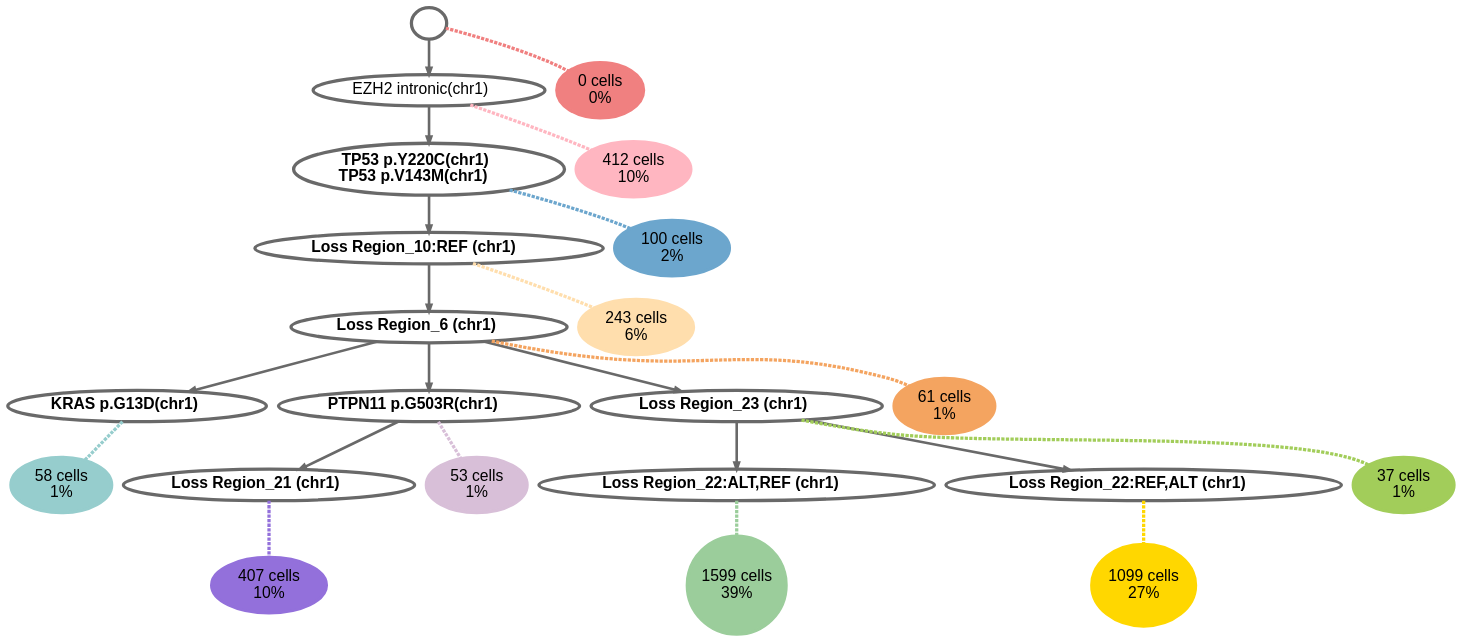
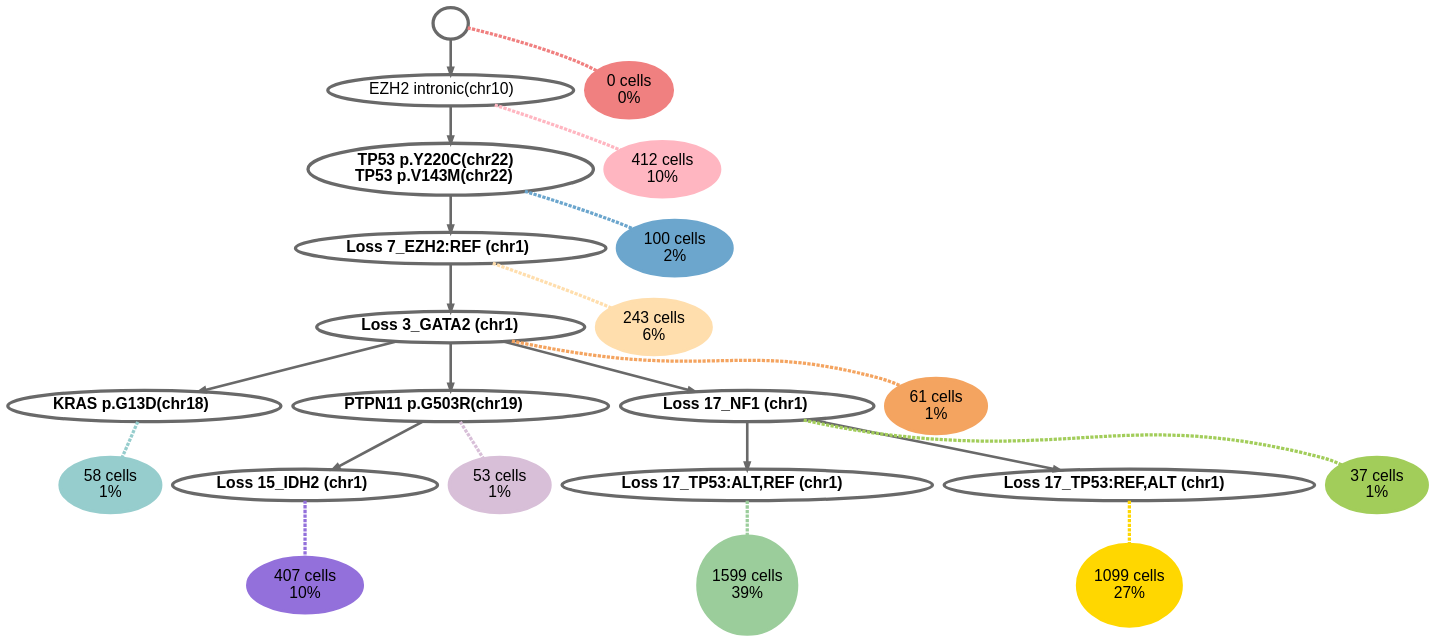
The diagram in results/compass_output/AML-101-001/AML-101-001_c18_l600_tree.gv (pawlakG/ScIGMA), drawn with Graphviz before and after one commit. The commit also changed 144 other files, not shown here.

Commit message:
Fix chromosome label. Still bug on loss and gain chromosome anotation

```diff
--- a/results/compass_output/AML-101-001/AML-101-001_c18_l600_tree.gv
+++ b/results/compass_output/AML-101-001/AML-101-001_c18_l600_tree.gv
@@ -1,46 +1,46 @@
 digraph G{
 node [color=dimgray fontsize=24 fontcolor=black fontname=Helvetica penwidth=5];
 6 -> 1 [color=dimgray penwidth=4 weight=2];
 9 -> 2 [color=dimgray penwidth=4 weight=2];
 2 -> 3 [color=dimgray penwidth=4 weight=2];
 2 -> 4 [color=dimgray penwidth=4 weight=2];
 2 -> 5 [color=dimgray penwidth=4 weight=2];
 0 -> 6 [color=dimgray penwidth=4 weight=2];
 4 -> 7 [color=dimgray penwidth=4 weight=2];
 5 -> 8 [color=dimgray penwidth=4 weight=2];
 1 -> 9 [color=dimgray penwidth=4 weight=2];
 5 -> 10 [color=dimgray penwidth=4 weight=2];
 0[label=< >];
-1[label=<<B>TP53 p.Y220C(chr1)</B><br/><B>TP53 p.V143M(chr1)</B><br/>>];
-2[label=<<B>Loss Region_6 (chr1)</B><br/>>];
-3[label=<<B>KRAS p.G13D(chr1)</B><br/>>];
-4[label=<<B>PTPN11 p.G503R(chr1)</B><br/>>];
-5[label=<<B>Loss Region_23 (chr1)</B><br/>>];
-6[label=<EZH2 intronic(chr1)<br/>>];
-7[label=<<B>Loss Region_21 (chr1)</B><br/>>];
-8[label=<<B>Loss Region_22:ALT,REF (chr1)</B><br/>>];
-9[label=<<B>Loss Region_10:REF (chr1)</B><br/>>];
-10[label=<<B>Loss Region_22:REF,ALT (chr1)</B><br/>>];
+1[label=<<B>TP53 p.Y220C(chr22)</B><br/><B>TP53 p.V143M(chr22)</B><br/>>];
+2[label=<<B>Loss 3_GATA2 (chr1)</B><br/>>];
+3[label=<<B>KRAS p.G13D(chr18)</B><br/>>];
+4[label=<<B>PTPN11 p.G503R(chr19)</B><br/>>];
+5[label=<<B>Loss 17_NF1 (chr1)</B><br/>>];
+6[label=<EZH2 intronic(chr10)<br/>>];
+7[label=<<B>Loss 15_IDH2 (chr1)</B><br/>>];
+8[label=<<B>Loss 17_TP53:ALT,REF (chr1)</B><br/>>];
+9[label=<<B>Loss 7_EZH2:REF (chr1)</B><br/>>];
+10[label=<<B>Loss 17_TP53:REF,ALT (chr1)</B><br/>>];
 0 -> 11 [dir=none style=dashed weight=1 penwidth=5 color=lightcoral];
 1 -> 12 [dir=none style=dashed weight=1 penwidth=5 color=skyblue3];
 2 -> 13 [dir=none style=dashed weight=1 penwidth=5 color=sandybrown];
 3 -> 14 [dir=none style=dashed weight=1 penwidth=5 color=paleturquoise3];
 4 -> 15 [dir=none style=dashed weight=1 penwidth=5 color=thistle];
 5 -> 16 [dir=none style=dashed weight=1 penwidth=5 color=darkolivegreen3];
 6 -> 17 [dir=none style=dashed weight=1 penwidth=5 color=lightpink];
 7 -> 18 [dir=none style=dashed weight=1 penwidth=5 color=mediumpurple];
 8 -> 19 [dir=none style=dashed weight=1 penwidth=5 color=darkseagreen3];
 9 -> 20 [dir=none style=dashed weight=1 penwidth=5 color=navajowhite];
 10 -> 21 [dir=none style=dashed weight=1 penwidth=5 color=gold];
 11[label="0 cells\n0\%" style = filled width=0 height=0 color=lightcoral];
 12[label="100 cells\n2\%" style = filled width=0.522558 height=0.522558 color=skyblue3];
 13[label="61 cells\n1\%" style = filled width=0.408131 height=0.408131 color=sandybrown];
 14[label="58 cells\n1\%" style = filled width=0.397969 height=0.397969 color=paleturquoise3];
 15[label="53 cells\n1\%" style = filled width=0.380428 height=0.380428 color=thistle];
 16[label="37 cells\n1\%" style = filled width=0.31786 height=0.31786 color=darkolivegreen3];
 17[label="412 cells\n10\%" style = filled width=1.06068 height=1.06068 color=lightpink];
 18[label="407 cells\n10\%" style = filled width=1.05422 height=1.05422 color=mediumpurple];
 19[label="1599 cells\n39\%" style = filled width=2.08958 height=2.08958 color=darkseagreen3];
 20[label="243 cells\n6\%" style = filled width=0.814588 height=0.814588 color=navajowhite];
 21[label="1099 cells\n27\%" style = filled width=1.73234 height=1.73234 color=gold];
 }
```
